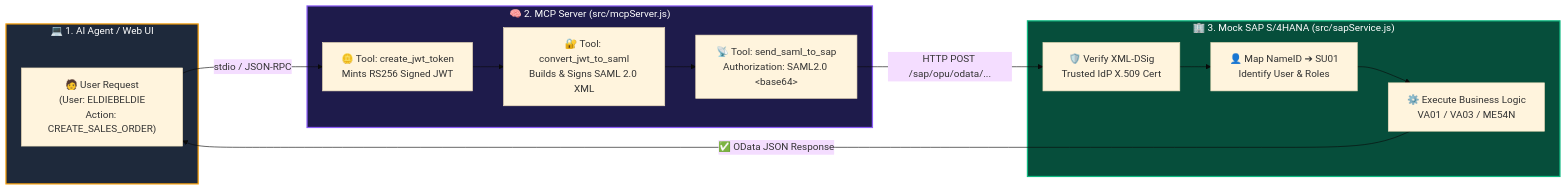
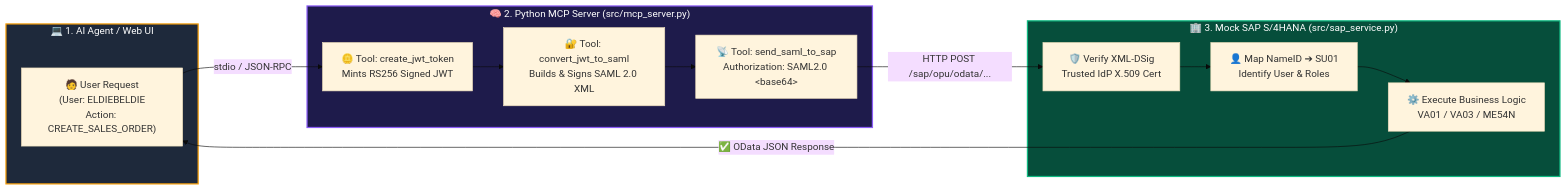
Before and after one commit to eldarfundbox/jwttosaml: the first of 3 diagrams in README.md, drawn with Mermaid (base theme). The commit also changed other lines of this file and 1 other file, not shown here.

Commit message:
docs: update English and Hebrew READMEs for Python runtime and FastAPI stack

````diff
--- a/README.md
+++ b/README.md
@@ -49,28 +50,28 @@
 ```mermaid
 flowchart LR
     subgraph ClientLayer["💻 1. AI Agent / Web UI"]
         A["🧑 User Request<br/>(User: ELDIEBELDIE<br/>Action: CREATE_SALES_ORDER)"]
     end
 
-    subgraph MCPLayer["🧠 2. MCP Server (src/mcpServer.js)"]
+    subgraph MCPLayer["🧠 2. Python MCP Server (src/mcp_server.py)"]
         B["🪙 Tool: create_jwt_token<br/>Mints RS256 Signed JWT"]
         C["🔐 Tool: convert_jwt_to_saml<br/>Builds & Signs SAML 2.0 XML"]
         D["📡 Tool: send_saml_to_sap<br/>Authorization: SAML2.0 &lt;base64&gt;"]
         B --> C --> D
     end
 
-    subgraph SAPLayer["🏢 3. Mock SAP S/4HANA (src/sapService.js)"]
+    subgraph SAPLayer["🏢 3. Mock SAP S/4HANA (src/sap_service.py)"]
         E["🛡️ Verify XML-DSig<br/>Trusted IdP X.509 Cert"]
         F["👤 Map NameID ➔ SU01<br/>Identify User & Roles"]
         G["⚙️ Execute Business Logic<br/>VA01 / VA03 / ME54N"]
         E --> F --> G
     end
 
     A -->|"stdio / JSON-RPC"| B
     D -->|"HTTP POST /sap/opu/odata/..."| E
     G -->|"✅ OData JSON Response"| A
 
     style ClientLayer fill:#1e293b,stroke:#f59e0b,stroke-width:2px,color:#fff
     style MCPLayer fill:#1e1b4b,stroke:#8b5cf6,stroke-width:2px,color:#fff
     style SAPLayer fill:#064e3b,stroke:#10b981,stroke-width:2px,color:#fff
 ```
````
